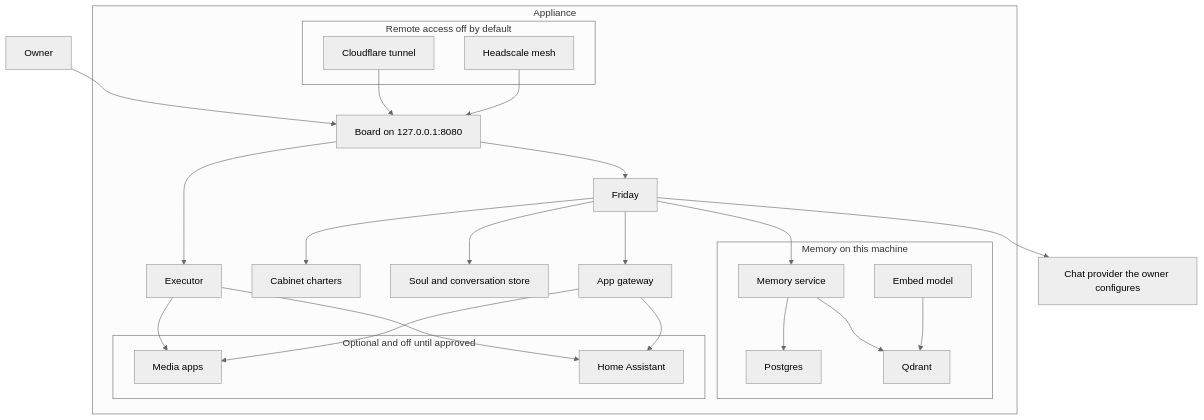
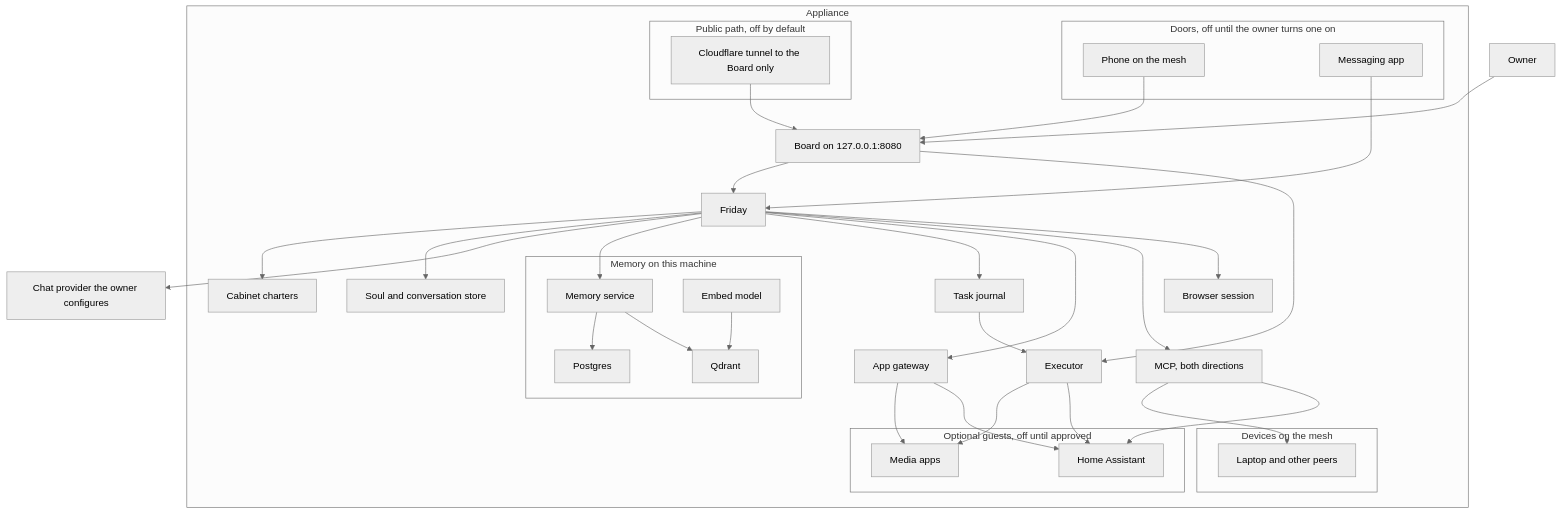
Before and after one commit to asikmydeen/friday-os-stack: the first of 4 diagrams in docs/system.md, drawn with Mermaid (neutral theme). The commit also changed other lines of this file and 12 other files, not shown here.

````diff
--- a/docs/system.md
+++ b/docs/system.md
@@ -36,50 +52,68 @@
 ```mermaid
 flowchart TB
   owner[Owner]
   provider[Chat provider the owner configures]
 
   subgraph appliance [Appliance]
     board[Board on 127.0.0.1:8080]
     friday[Friday]
     cabinet[Cabinet charters]
     soul[Soul and conversation store]
 
     subgraph mem [Memory on this machine]
       memsvc[Memory service]
       pg[Postgres]
       qdrant[Qdrant]
       embed[Embed model]
     end
 
     exec[Executor]
+    tasks[Task journal]
     gw[App gateway]
+    mcp[MCP, both directions]
+    browser[Browser session]
 
-    subgraph optional [Optional and off until approved]
+    subgraph doors [Doors, off until the owner turns one on]
+      phone[Phone on the mesh]
+      chatapp[Messaging app]
+    end
+
+    subgraph peers [Devices on the mesh]
+      laptop[Laptop and other peers]
+    end
+
+    subgraph optional [Optional guests, off until approved]
       media[Media apps]
       homeapp[Home Assistant]
     end
 
-    subgraph remote [Remote access off by default]
-      tunnel[Cloudflare tunnel]
-      meshnet[Headscale mesh]
+    subgraph remote [Public path, off by default]
+      tunnel[Cloudflare tunnel to the Board only]
     end
   end
 
   owner --> board
+  phone --> board
+  chatapp --> friday
   board --> friday
   friday --> cabinet
   friday --> soul
   friday --> provider
   friday --> memsvc
+  friday --> tasks
   memsvc --> pg
   memsvc --> qdrant
   embed --> qdrant
   board --> exec
+  tasks --> exec
   exec --> media
   exec --> homeapp
   friday --> gw
   gw --> media
   gw --> homeapp
+  friday --> mcp
+  mcp --> laptop
+  mcp --> homeapp
+  friday --> browser
   tunnel --> board
-  meshnet --> board
 ```
````
